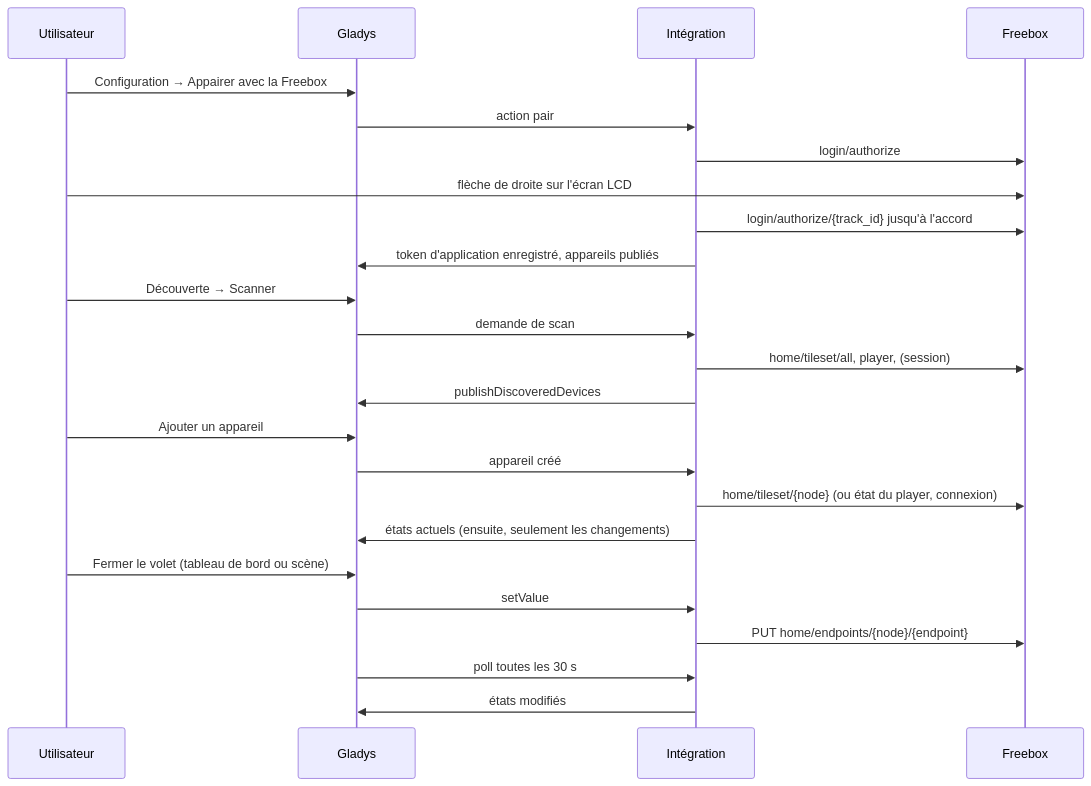
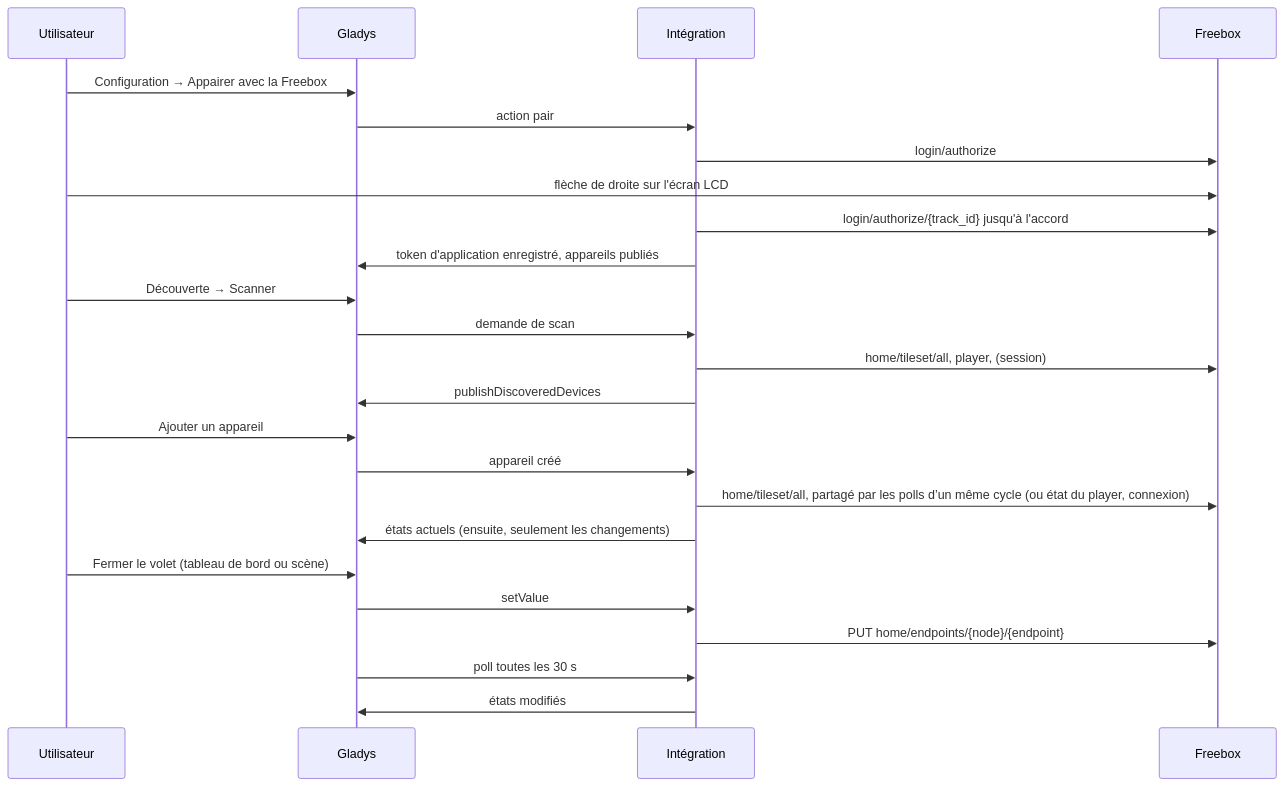
One commit to William-De71/gladys-freebox changed the second of 3 diagrams in README.fr.md. Above: the diagram before and after it, drawn with Mermaid. The commit also changed other lines of this file and 23 other files, not shown here.

````diff
--- a/README.fr.md
+++ b/README.fr.md
@@ -90,26 +91,26 @@
 ```mermaid
 sequenceDiagram
   participant U as Utilisateur
   participant G as Gladys
   participant I as Intégration
   participant F as Freebox
   U->>G: Configuration → Appairer avec la Freebox
   G->>I: action pair
   I->>F: login/authorize
   U->>F: flèche de droite sur l'écran LCD
   I->>F: login/authorize/{track_id} jusqu'à l'accord
   I->>G: token d'application enregistré, appareils publiés
   U->>G: Découverte → Scanner
   G->>I: demande de scan
   I->>F: home/tileset/all, player, (session)
   I->>G: publishDiscoveredDevices
   U->>G: Ajouter un appareil
   G->>I: appareil créé
-  I->>F: home/tileset/{node} (ou état du player, connexion)
+  I->>F: home/tileset/all, partagé par les polls d’un même cycle (ou état du player, connexion)
   I->>G: états actuels (ensuite, seulement les changements)
   U->>G: Fermer le volet (tableau de bord ou scène)
   G->>I: setValue
   I->>F: PUT home/endpoints/{node}/{endpoint}
   G->>I: poll toutes les 30 s
   I->>G: états modifiés
 ```
````
